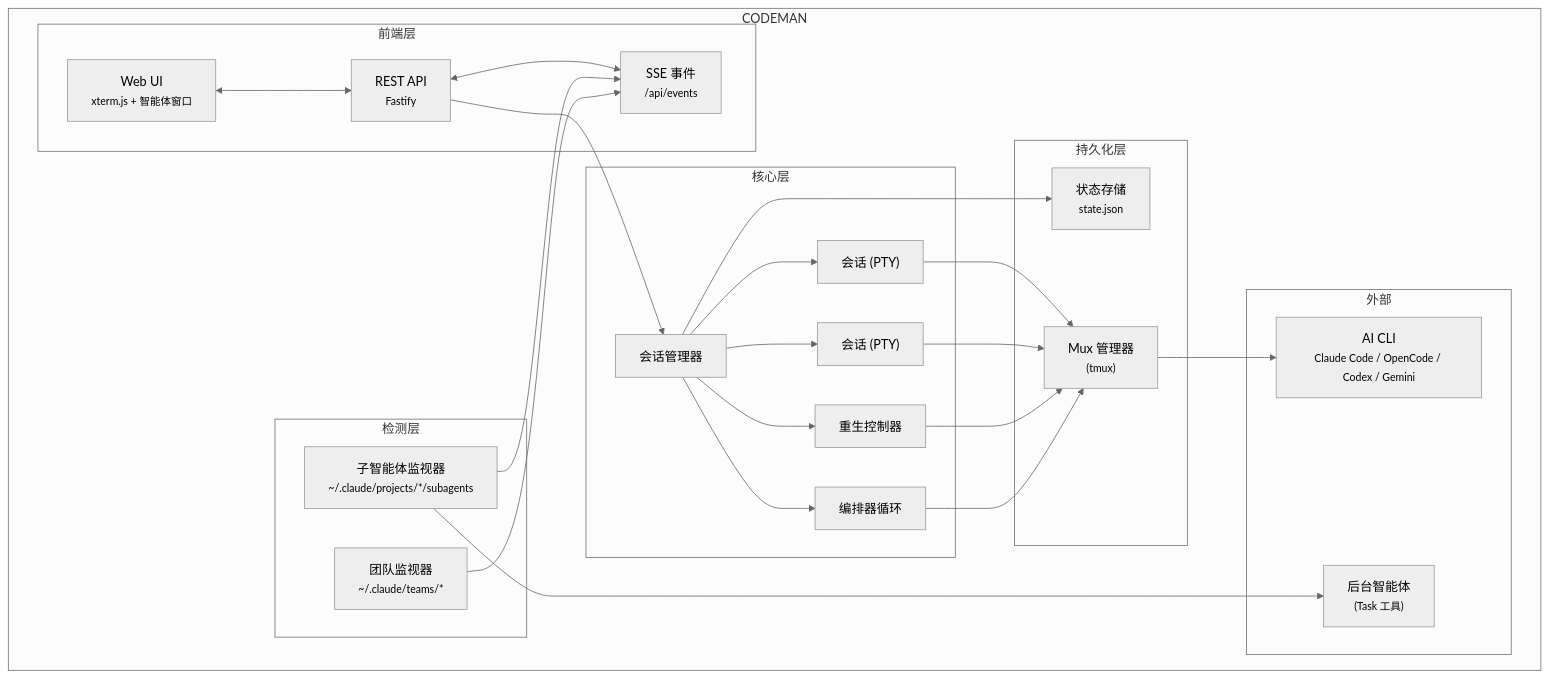
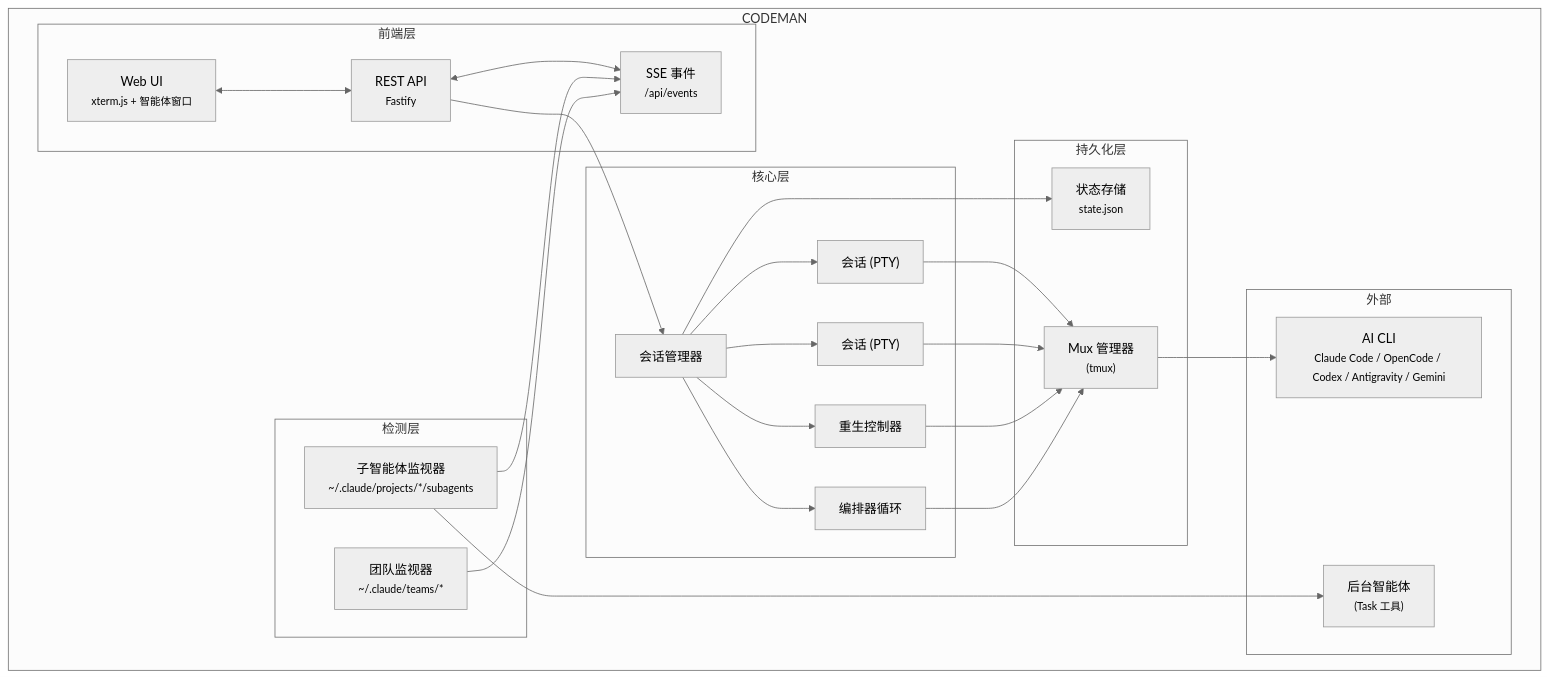
One commit to Ark0N/Claudeman changed the diagram in README.zh-CN.md. Above: the diagram before and after it, drawn with Mermaid (neutral theme). The commit also changed other lines of this file and 25 other files, not shown here.

````diff
--- a/README.zh-CN.md
+++ b/README.zh-CN.md
@@ -809,50 +809,50 @@
 ```mermaid
 flowchart TB
     subgraph Codeman["CODEMAN"]
         subgraph Frontend["前端层"]
             UI["Web UI<br/><small>xterm.js + 智能体窗口</small>"]
             API["REST API<br/><small>Fastify</small>"]
             SSE["SSE 事件<br/><small>/api/events</small>"]
         end
 
         subgraph Core["核心层"]
             SM["会话管理器"]
             S1["会话 (PTY)"]
             S2["会话 (PTY)"]
             RC["重生控制器"]
             ORC["编排器循环"]
         end
 
         subgraph Detection["检测层"]
             SW["子智能体监视器<br/><small>~/.claude/projects/*/subagents</small>"]
             TW["团队监视器<br/><small>~/.claude/teams/*</small>"]
         end
 
         subgraph Persistence["持久化层"]
             SCR["Mux 管理器<br/><small>(tmux)</small>"]
             SS["状态存储<br/><small>state.json</small>"]
         end
 
         subgraph External["外部"]
-            CLI["AI CLI<br/><small>Claude Code / OpenCode / Codex / Gemini</small>"]
+            CLI["AI CLI<br/><small>Claude Code / OpenCode / Codex / Antigravity / Gemini</small>"]
             BG["后台智能体<br/><small>(Task 工具)</small>"]
         end
     end
 
     UI <--> API
     API <--> SSE
     API --> SM
     SM --> S1
     SM --> S2
     SM --> RC
     SM --> ORC
     SM --> SS
     S1 --> SCR
     S2 --> SCR
     RC --> SCR
     ORC --> SCR
     SCR --> CLI
     SW --> BG
     SW --> SSE
     TW --> SSE
 ```
````
